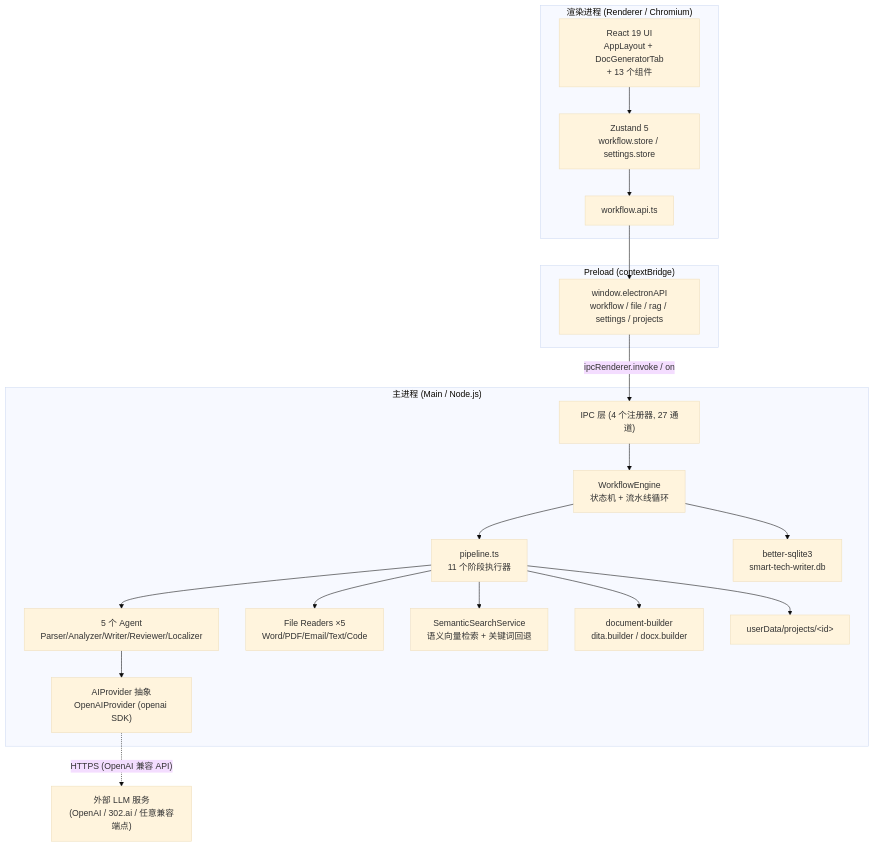
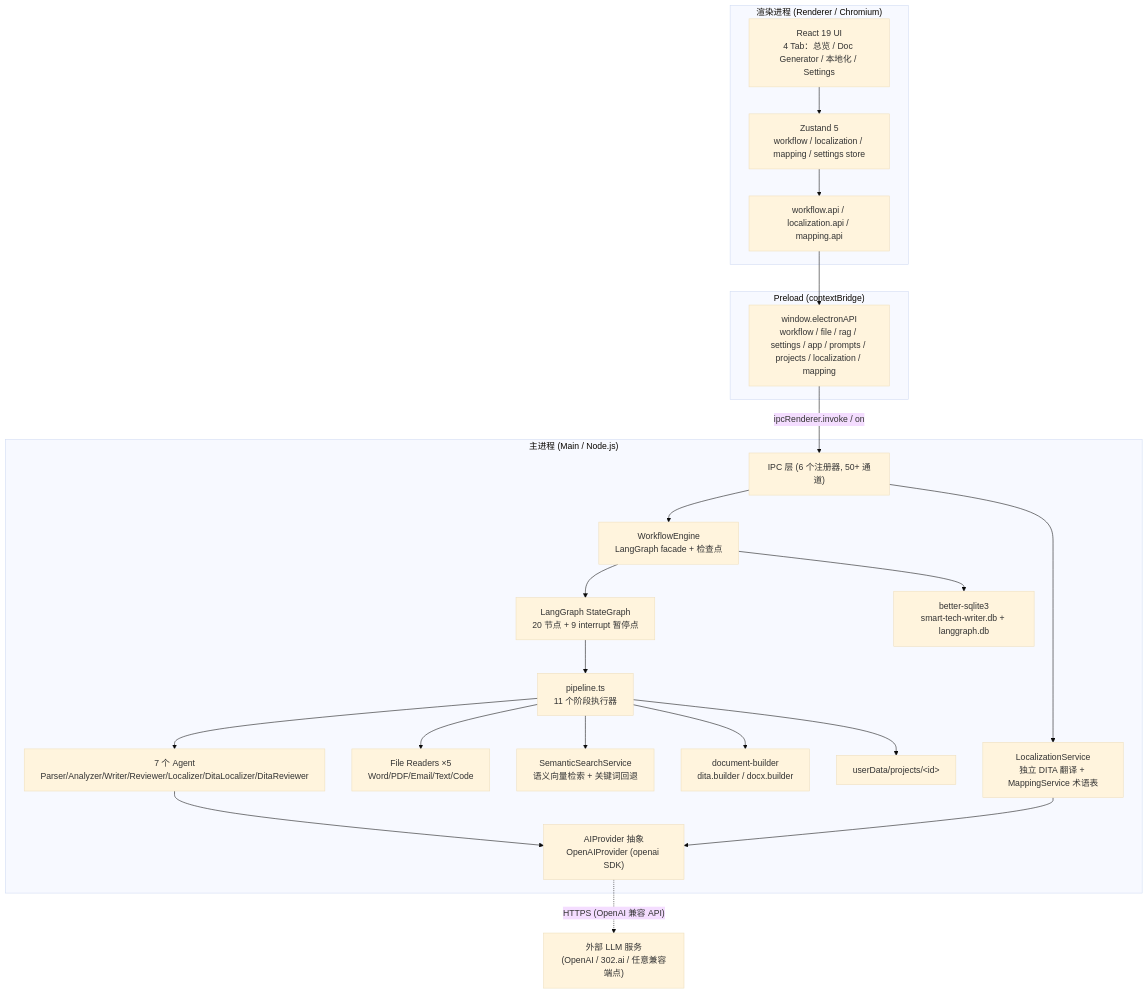
The diagram in docs/architecture/README.md (lazyloadbox/smart-tech-writter), drawn with Mermaid (base theme) before and after one commit. The commit also changed other lines of this file and 101 other files, not shown here.

````diff
--- a/docs/architecture/README.md
+++ b/docs/architecture/README.md
@@ -27,38 +26,43 @@
 ```mermaid
 flowchart TB
     subgraph Renderer["渲染进程 (Renderer / Chromium)"]
-        UI["React 19 UI<br/>AppLayout + DocGeneratorTab<br/>+ 13 个组件"]
-        ZS["Zustand 5<br/>workflow.store / settings.store"]
-        API["workflow.api.ts"]
+        UI["React 19 UI<br/>4 Tab：总览 / Doc Generator / 本地化 / Settings"]
+        ZS["Zustand 5<br/>workflow / localization / mapping / settings store"]
+        API["workflow.api / localization.api / mapping.api"]
     end
 
     subgraph Preload["Preload (contextBridge)"]
-        BRIDGE["window.electronAPI<br/>workflow / file / rag / settings / projects"]
+        BRIDGE["window.electronAPI<br/>workflow / file / rag / settings / app / prompts / projects / localization / mapping"]
     end
 
     subgraph Main["主进程 (Main / Node.js)"]
-        IPC["IPC 层 (4 个注册器, 27 通道)"]
-        ENG["WorkflowEngine<br/>状态机 + 流水线循环"]
+        IPC["IPC 层 (6 个注册器, 50+ 通道)"]
+        ENG["WorkflowEngine<br/>LangGraph facade + 检查点"]
+        GRAPH["LangGraph StateGraph<br/>20 节点 + 9 interrupt 暂停点"]
         PL["pipeline.ts<br/>11 个阶段执行器"]
-        AGENTS["5 个 Agent<br/>Parser/Analyzer/Writer/Reviewer/Localizer"]
+        AGENTS["7 个 Agent<br/>Parser/Analyzer/Writer/Reviewer/Localizer/DitaLocalizer/DitaReviewer"]
         PROV["AIProvider 抽象<br/>OpenAIProvider (openai SDK)"]
         READERS["File Readers ×5<br/>Word/PDF/Email/Text/Code"]
         RAG["SemanticSearchService<br/>语义向量检索 + 关键词回退"]
         DITA["document-builder<br/>dita.builder / docx.builder"]
-        DB["better-sqlite3<br/>smart-tech-writer.db"]
+        LOC["LocalizationService<br/>独立 DITA 翻译 + MappingService 术语表"]
+        DB["better-sqlite3<br/>smart-tech-writer.db + langgraph.db"]
         FS["userData/projects/&lt;id&gt;"]
     end
 
     UI --> ZS --> API
     API --> BRIDGE
     BRIDGE -->|"ipcRenderer.invoke / on"| IPC
     IPC --> ENG
-    ENG --> PL
+    ENG --> GRAPH
+    GRAPH --> PL
     PL --> AGENTS --> PROV
     PL --> READERS
     PL --> RAG
     PL --> DITA
+    IPC --> LOC
+    LOC --> PROV
     ENG --> DB
     PL --> FS
     PROV -.->|"HTTPS (OpenAI 兼容 API)"| LLM["外部 LLM 服务<br/>(OpenAI / 302.ai / 任意兼容端点)"]
 ```
````
